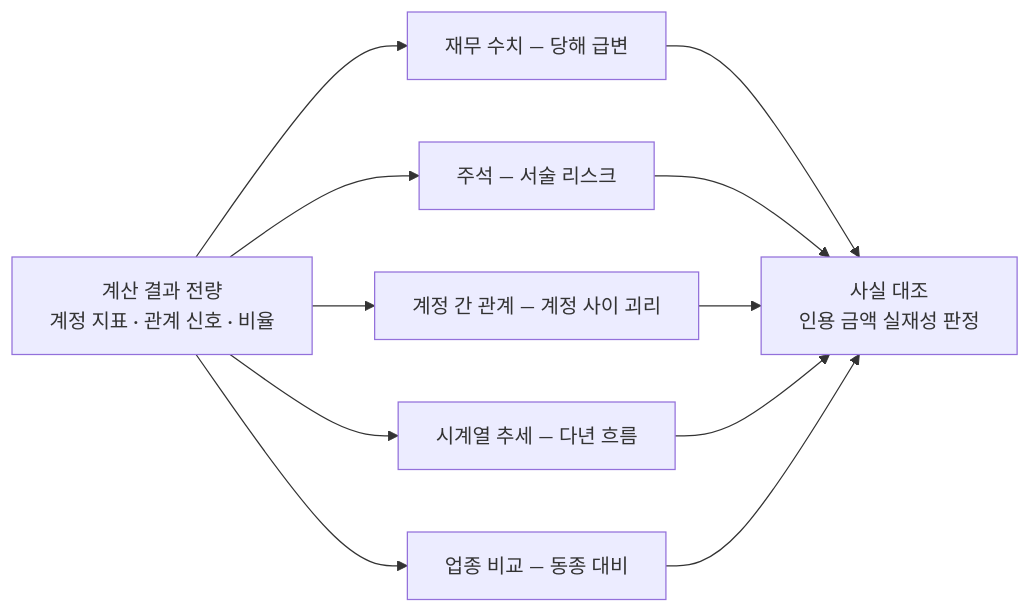
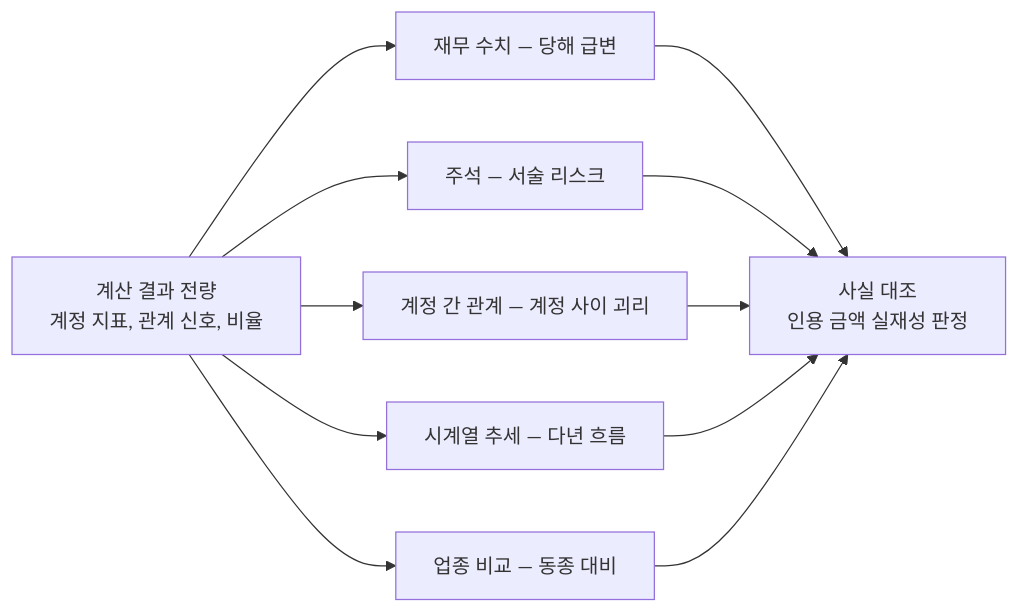
The diagram in README.md (ghdtjrgns321-creator/fs-multi-analyzer), drawn with Mermaid before and after one commit. The commit also changed other lines of this file and 8 other files, not shown here.

````diff
--- a/README.md
+++ b/README.md
@@ -404,14 +426,14 @@
 ```mermaid
 graph LR
-    M["계산 결과 전량<br/>계정 지표 · 관계 신호 · 비율"]
+    M["계산 결과 전량<br/>계정 지표, 관계 신호, 비율"]
     M --> A["재무 수치 — 당해 급변"]
     M --> B["주석 — 서술 리스크"]
     M --> C["계정 간 관계 — 계정 사이 괴리"]
     M --> D["시계열 추세 — 다년 흐름"]
     M --> E["업종 비교 — 동종 대비"]
     A --> G["사실 대조<br/>인용 금액 실재성 판정"]
     B --> G
     C --> G
     D --> G
     E --> G
 ```
````
